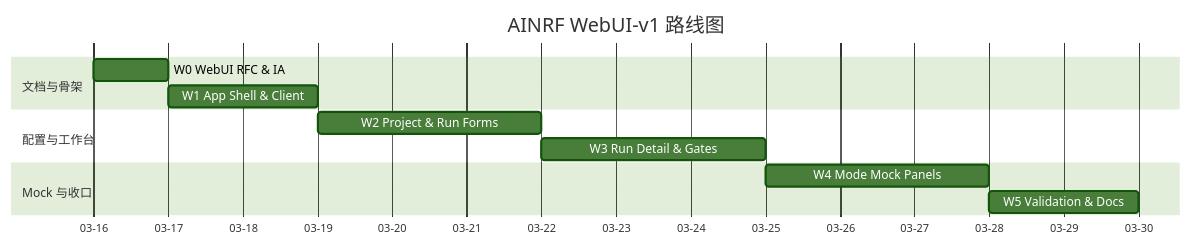
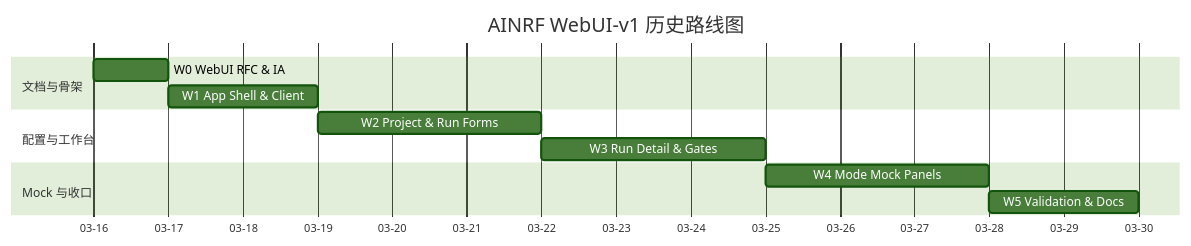
Before and after one commit to Kozmosa/scholar-agent: the diagram in docs/framework/webui-v1-roadmap.md, drawn with Mermaid (forest theme). The commit also changed other lines of this file and 102 other files, not shown here.

````diff
--- a/docs/framework/webui-v1-roadmap.md
+++ b/docs/framework/webui-v1-roadmap.md
@@ -25,18 +28,18 @@
 ```mermaid
 gantt
-    title AINRF WebUI-v1 路线图
+    title AINRF WebUI-v1 历史路线图
     dateFormat  YYYY-MM-DD
     axisFormat  %m-%d
 
     section 文档与骨架
     W0 WebUI RFC & IA         :w0, 2026-03-16, 1d
     W1 App Shell & Client     :w1, after w0, 2d
 
     section 配置与工作台
     W2 Project & Run Forms    :w2, after w1, 3d
     W3 Run Detail & Gates     :w3, after w2, 3d
 
     section Mock 与收口
     W4 Mode Mock Panels       :w4, after w3, 3d
     W5 Validation & Docs      :w5, after w4, 2d
 ```
````
